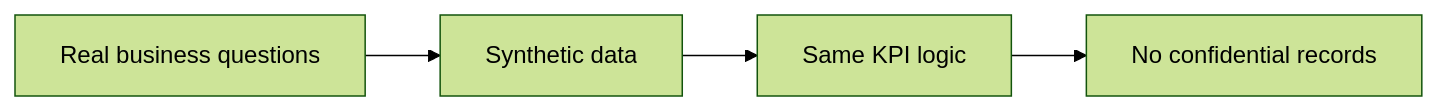
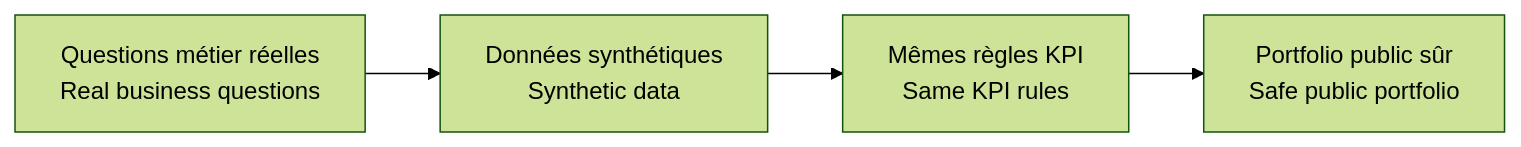
Before and after one commit to jeffersonkuku/powerbi-portfolio-projects: the diagram in powerbi-procurement-financial-control-tower/data/README.md, drawn with Mermaid (forest theme). The commit also changed other lines of this file and 8 other files, not shown here.

````diff
--- a/powerbi-procurement-financial-control-tower/data/README.md
+++ b/powerbi-procurement-financial-control-tower/data/README.md
@@ -11,6 +8,6 @@
 ```mermaid
 flowchart LR
-    A[Real business questions] --> B[Synthetic data]
-    B --> C[Same KPI logic]
-    C --> D[No confidential records]
+    A[Questions métier réelles<br/>Real business questions] --> B[Données synthétiques<br/>Synthetic data]
+    B --> C[Mêmes règles KPI<br/>Same KPI rules]
+    C --> D[Portfolio public sûr<br/>Safe public portfolio]
 ```
````
